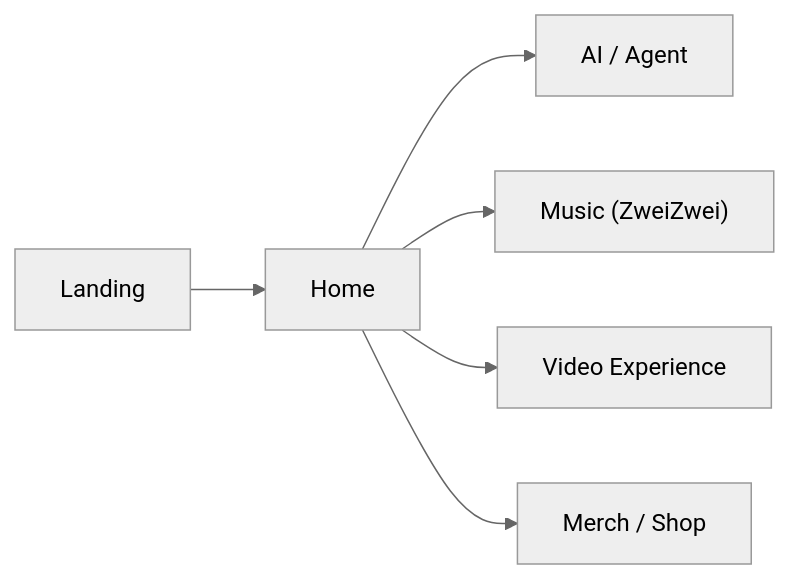
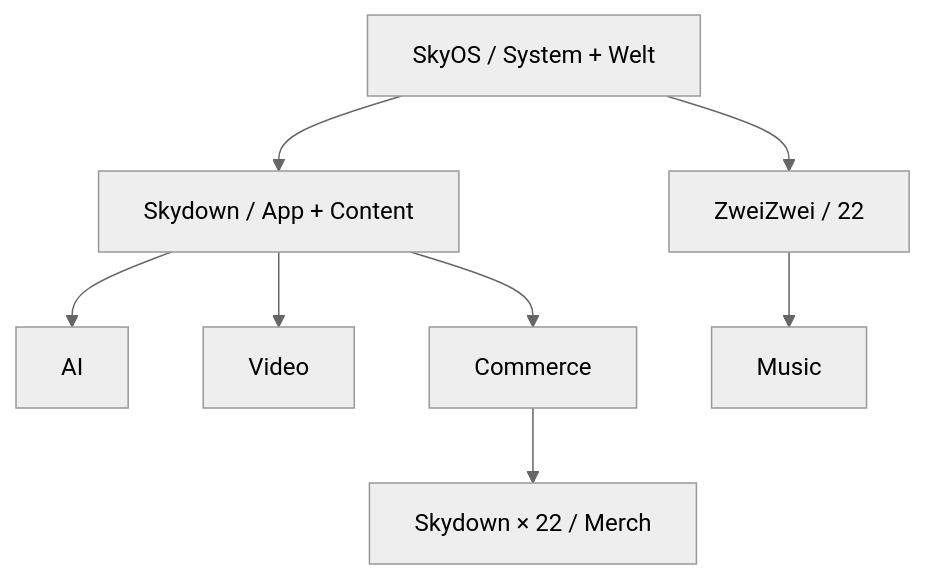
One commit to Yang-D-Nash/SkyOS-Readme-Public changed the first of 6 diagrams in README.md. Above: the diagram before and after it, drawn with Mermaid (neutral theme). The commit also changed other lines of this file, not shown here.

Commit message:
docs(readme): align structure and diagrams with final brand model

````diff
--- a/README.md
+++ b/README.md
@@ -85,8 +89,11 @@
 ```mermaid
-flowchart LR
-    landing["Landing"] --> home["Home"]
-    home --> ai["AI / Agent"]
-    home --> music["Music (ZweiZwei)"]
-    home --> video["Video Experience"]
-    home --> merch["Merch / Shop"]
+flowchart TB
+    skyos["SkyOS / System + Welt"]
+    skyos --> skydown["Skydown / App + Content"]
+    skyos --> zweizwei["ZweiZwei / 22"]
+    skydown --> ai["AI"]
+    skydown --> video["Video"]
+    skydown --> commerce["Commerce"]
+    commerce --> merch["Skydown × 22 / Merch"]
+    zweizwei --> music["Music"]
 ```
````
